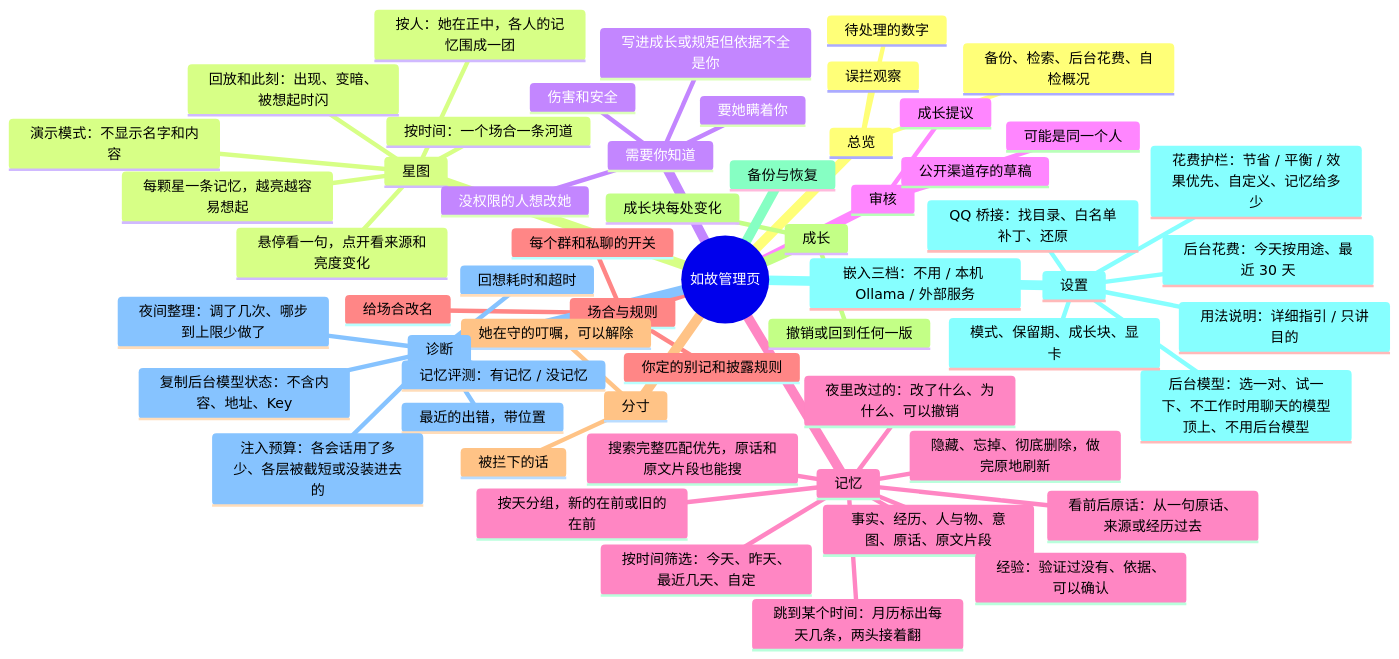
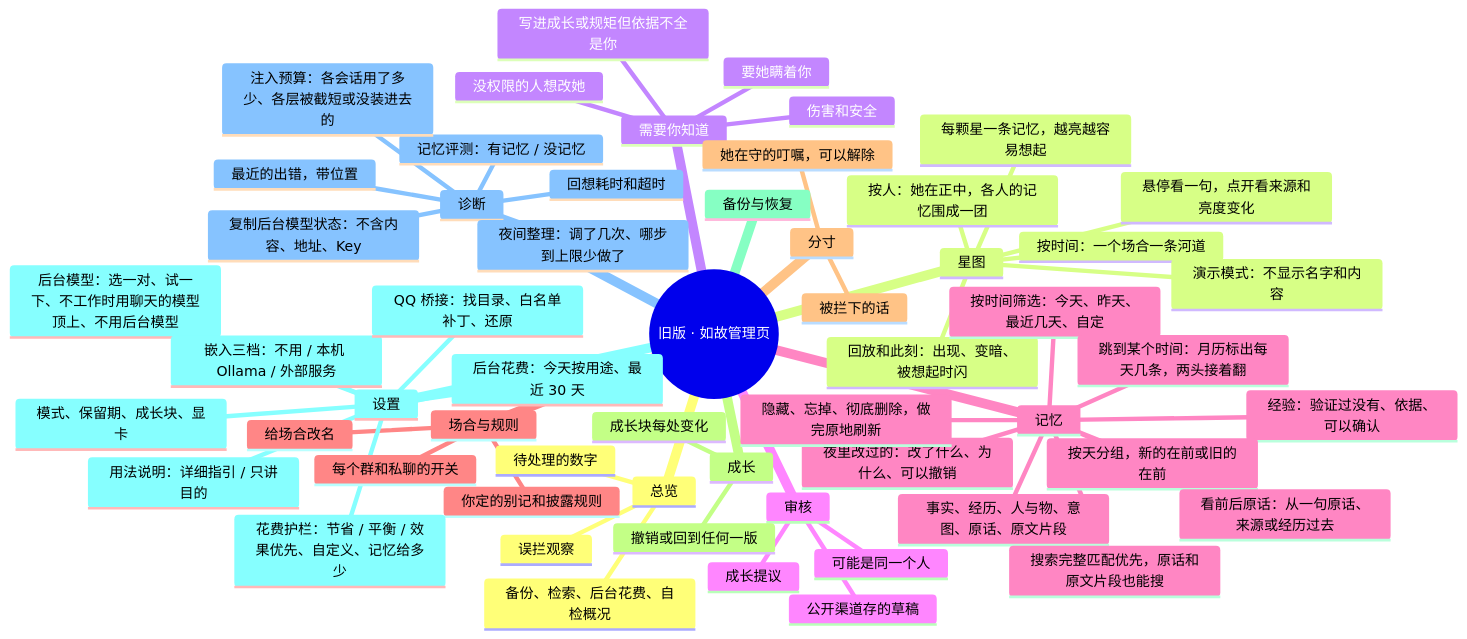
Diagram 14 of 14 in docs/图解.md (QiuYeDx/dsh-rugu), drawn with Mermaid before and after one commit. The commit also changed other lines of this file, not shown here.

First line of the commit message:
图解（D171）：新版管理页已包含记忆去处

````diff
--- a/docs/图解.md
+++ b/docs/图解.md
@@ -423,60 +446,60 @@
 ```mermaid
 mindmap
-  root((如故管理页))
+  root((旧版 · 如故管理页))
     总览
       待处理的数字
       误拦观察
       备份、检索、后台花费、自检概况
     星图
       每颗星一条记忆，越亮越容易想起
       按人：她在正中，各人的记忆围成一团
       按时间：一个场合一条河道
       回放和此刻：出现、变暗、被想起时闪
       悬停看一句，点开看来源和亮度变化
       演示模式：不显示名字和内容
     需要你知道
       没权限的人想改她
       要她瞒着你
       伤害和安全
       写进成长或规矩但依据不全是你
     审核
       公开渠道存的草稿
       可能是同一个人
       成长提议
     记忆
       事实、经历、人与物、意图、原话、原文片段
       夜里改过的：改了什么、为什么、可以撤销
       经验：验证过没有、依据、可以确认
       隐藏、忘掉、彻底删除，做完原地刷新
       搜索完整匹配优先，原话和原文片段也能搜
       按时间筛选：今天、昨天、最近几天、自定
       跳到某个时间：月历标出每天几条，两头接着翻
       按天分组，新的在前或旧的在前
       看前后原话：从一句原话、来源或经历过去
     场合与规则
       每个群和私聊的开关
       给场合改名
       你定的别记和披露规则
     分寸
       被拦下的话
       她在守的叮嘱，可以解除
     成长
       成长块每处变化
       撤销或回到任何一版
     备份与恢复
     设置
       后台模型：选一对、试一下、不工作时用聊天的模型顶上、不用后台模型
       嵌入三档：不用 / 本机 Ollama / 外部服务
       QQ 桥接：找目录、白名单补丁、还原
       模式、保留期、成长块、显卡
       用法说明：详细指引 / 只讲目的
       后台花费：今天按用途、最近 30 天
       花费护栏：节省 / 平衡 / 效果优先、自定义、记忆给多少
     诊断
       复制后台模型状态：不含内容、地址、Key
       夜间整理：调了几次、哪步到上限少做了
       最近的出错，带位置
       回想耗时和超时
       记忆评测：有记忆 / 没记忆
       注入预算：各会话用了多少、各层被截短或没装进去的
 ```
````
